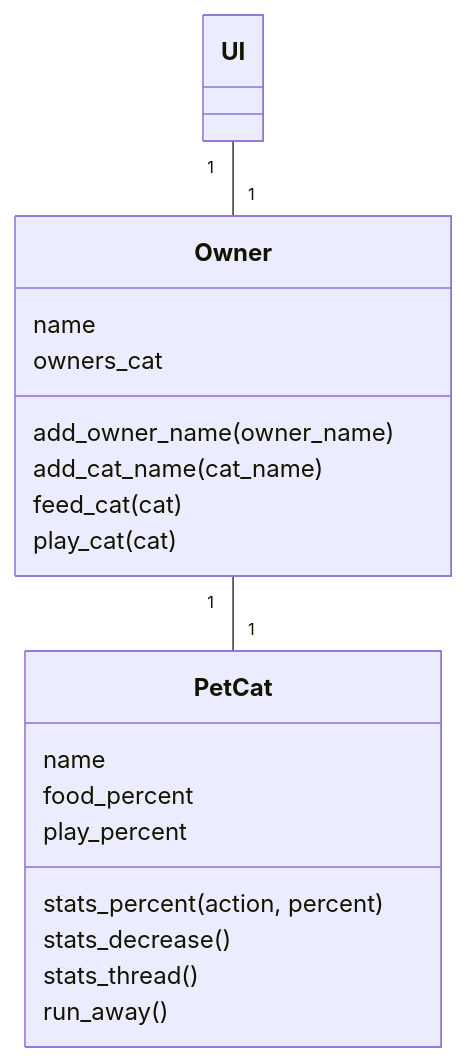
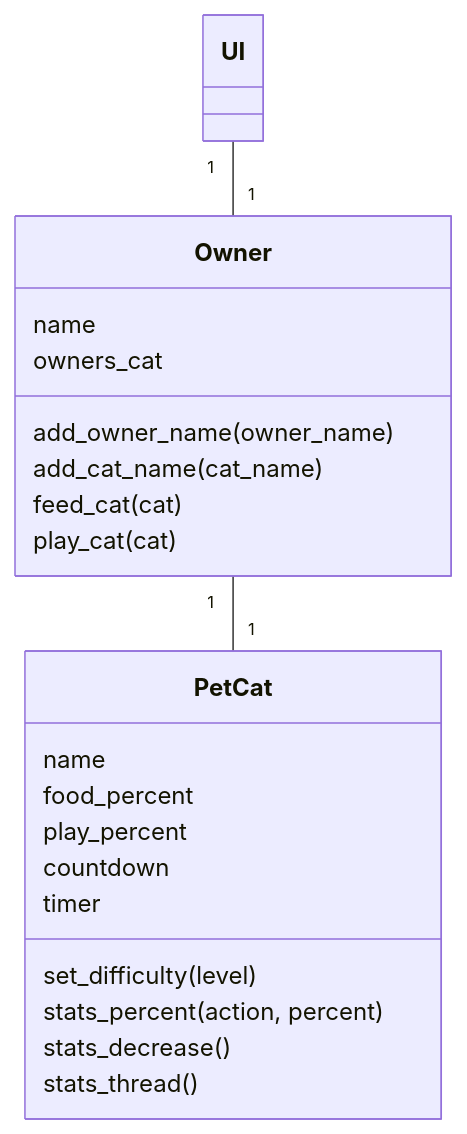
One commit to leinson/ohte-harjoitustyo changed the second of 3 diagrams in dokumentaatio/arkkitehtuuri.md. Above: the diagram before and after it, drawn with Mermaid. The commit also changed other lines of this file, not shown here.

````diff
--- a/dokumentaatio/arkkitehtuuri.md
+++ b/dokumentaatio/arkkitehtuuri.md
@@ -27,25 +29,27 @@
 ```mermaid
  classDiagram
       Owner "1" -- "1" PetCat
       UI "1" -- "1" Owner
       
       class Owner{
           name
           owners_cat
           add_owner_name(owner_name)
           add_cat_name(cat_name)
           feed_cat(cat)
           play_cat(cat)
       }
       class PetCat{
           name
           food_percent
           play_percent
+          countdown
+          timer
+          set_difficulty(level)
           stats_percent(action, percent)
           stats_decrease()
           stats_thread()
-          run_away()
       }
       class UI{
       }
 ```
````
